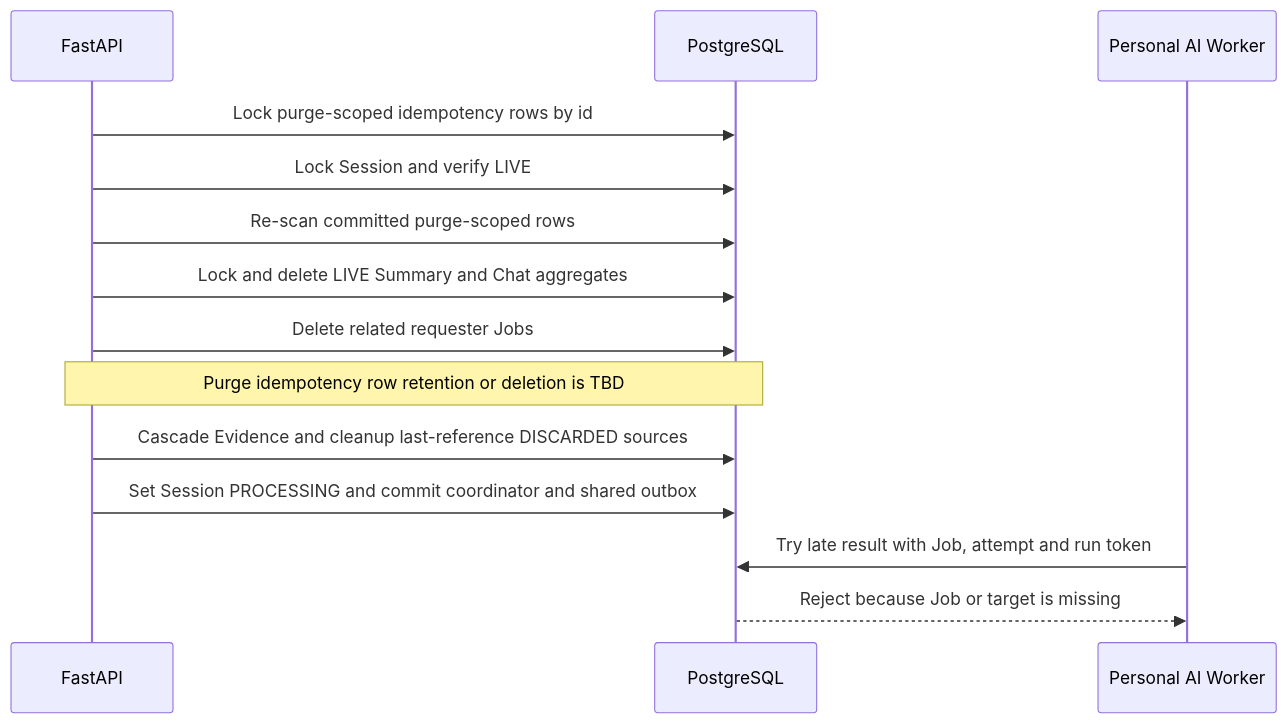
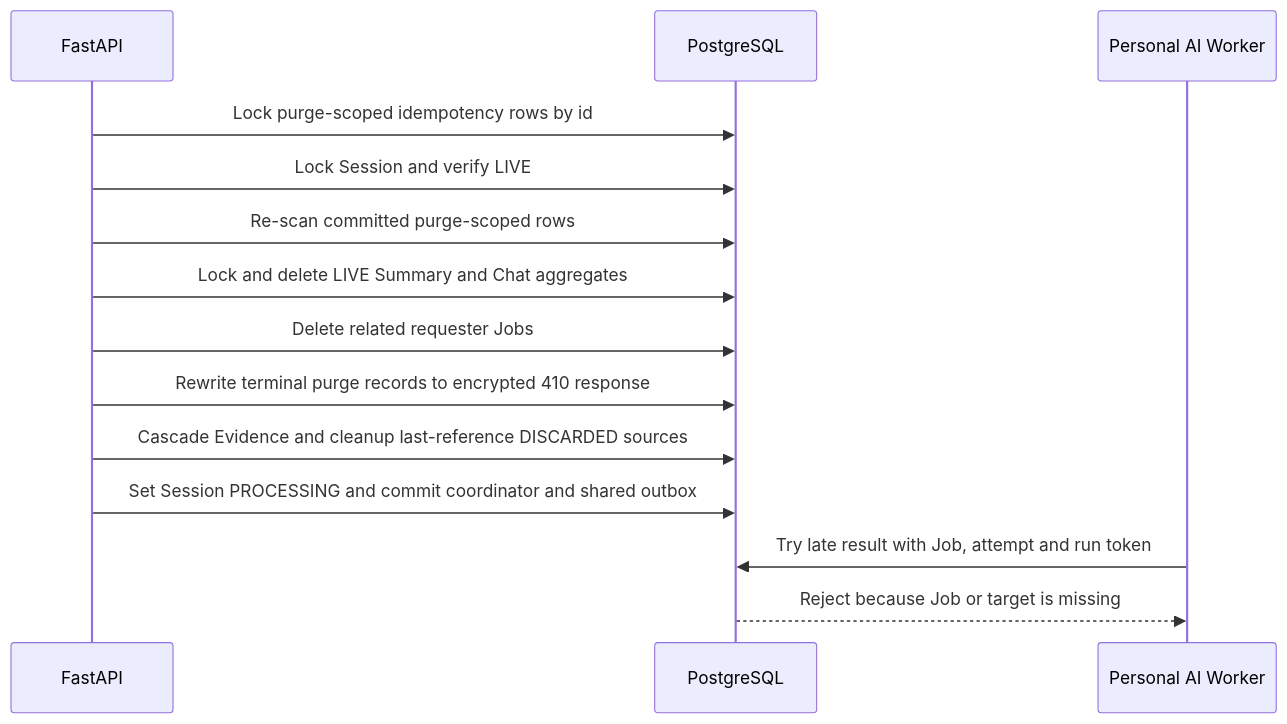
One commit to madcamp-official/26s-w2-c2-08 changed the ninth of 9 diagrams in docs/architecture/시스템구성도.md. Above: the diagram before and after it, drawn with Mermaid. The commit also changed other lines of this file and 6 other files, not shown here.

````diff
--- a/docs/architecture/시스템구성도.md
+++ b/docs/architecture/시스템구성도.md
@@ -653,17 +653,17 @@
 ```mermaid
 sequenceDiagram
     participant api as FastAPI
     participant database as PostgreSQL
     participant worker as Personal AI Worker
 
     api->>database: Lock purge-scoped idempotency rows by id
     api->>database: Lock Session and verify LIVE
     api->>database: Re-scan committed purge-scoped rows
     api->>database: Lock and delete LIVE Summary and Chat aggregates
     api->>database: Delete related requester Jobs
-    Note over api,database: Purge idempotency row retention or deletion is TBD
+    api->>database: Rewrite terminal purge records to encrypted 410 response
     api->>database: Cascade Evidence and cleanup last-reference DISCARDED sources
     api->>database: Set Session PROCESSING and commit coordinator and shared outbox
     worker->>database: Try late result with Job, attempt and run token
     database-->>worker: Reject because Job or target is missing
 ```
````
